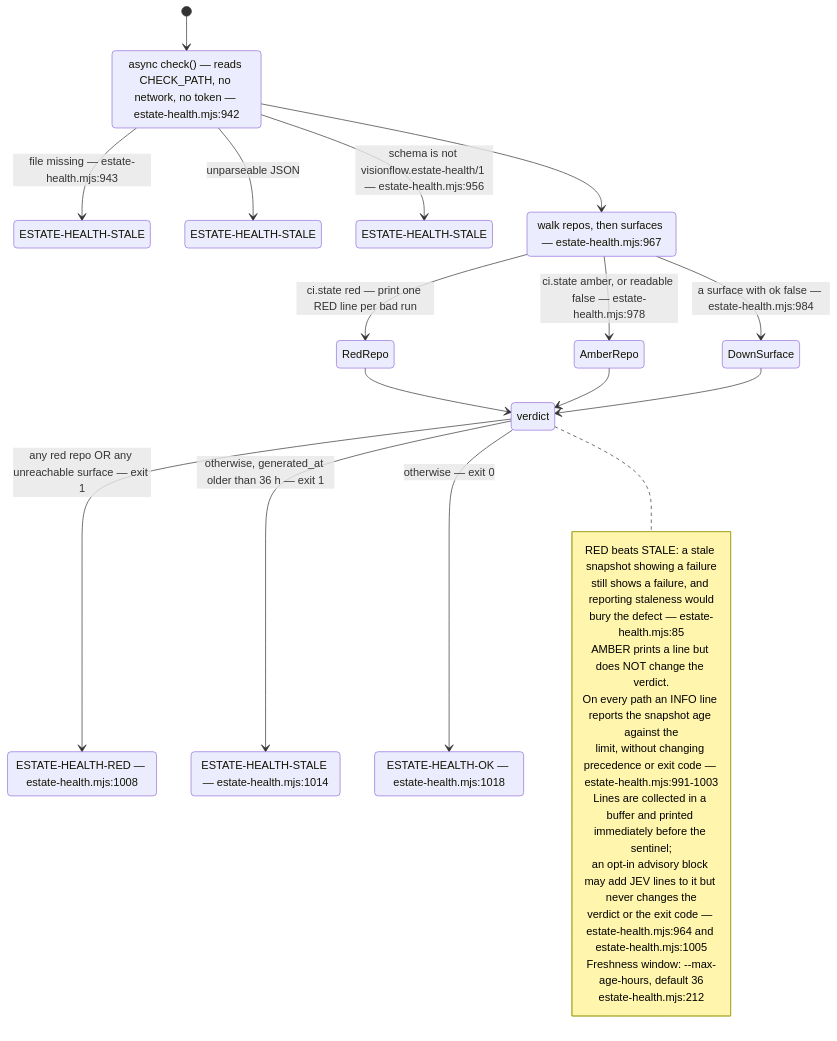
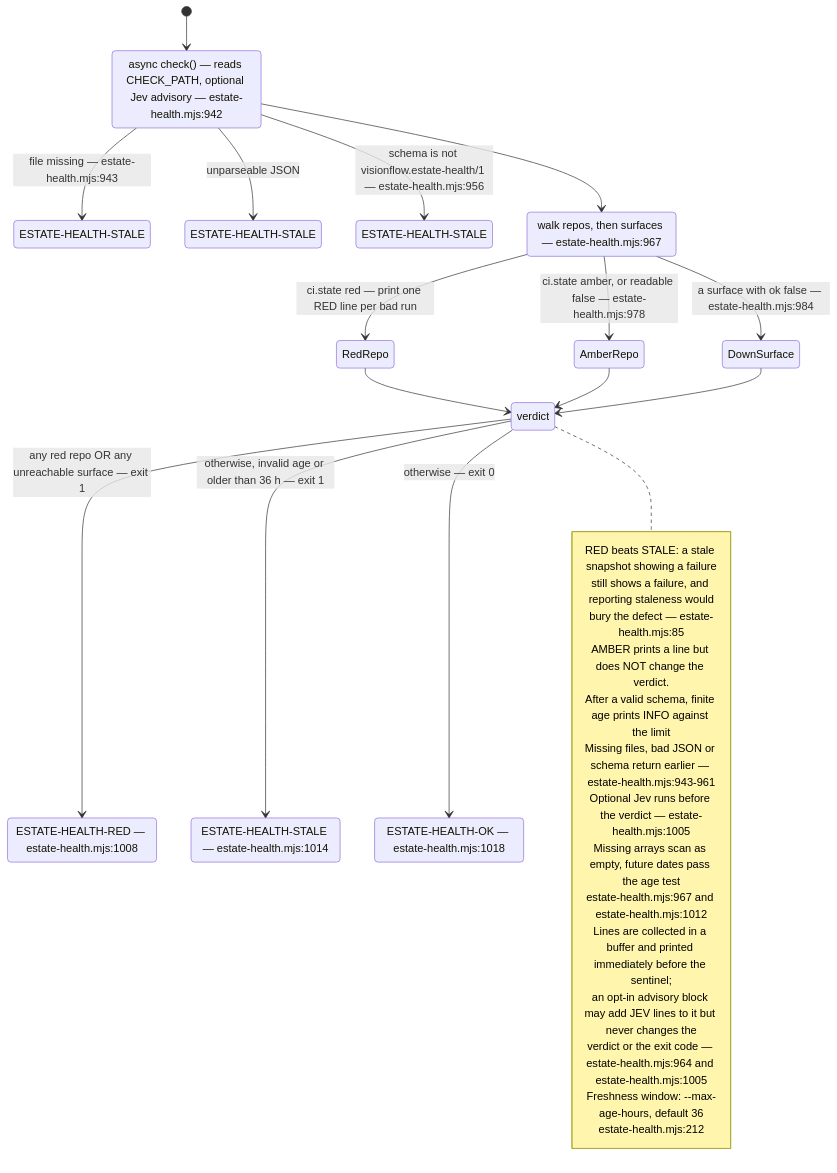
One commit to DreamLab-AI/VisionFlow changed the sixth of 9 diagrams in docs/diagrams/visionflow/03-estate-health.md. Above: the diagram before and after it, drawn with Mermaid. The commit also changed other lines of this file and 6 other files, not shown here.

Commit message:
docs(audit): map corpus drift and qualify estate health verdicts

````diff
--- a/docs/diagrams/visionflow/03-estate-health.md
+++ b/docs/diagrams/visionflow/03-estate-health.md
@@ -192,40 +192,43 @@
 ```mermaid
 stateDiagram-v2
     direction TB
     [*] --> Load
-    state "async check() — reads CHECK_PATH, no network, no token — estate-health.mjs:942" as Load
+    state "async check() — reads CHECK_PATH, optional Jev advisory — estate-health.mjs:942" as Load
     Load --> Stale1 : file missing — estate-health.mjs:943
     Load --> Stale2 : unparseable JSON
     Load --> Stale3 : schema is not visionflow.estate-health/1 — estate-health.mjs:956
     Load --> Scan
     state "walk repos, then surfaces — estate-health.mjs:967" as Scan
     Scan --> RedRepo : ci.state red — print one RED line per bad run
     Scan --> AmberRepo : ci.state amber, or readable false — estate-health.mjs:978
     Scan --> DownSurface : a surface with ok false — estate-health.mjs:984
     RedRepo --> Verdict
     AmberRepo --> Verdict
     DownSurface --> Verdict
     state "verdict" as Verdict
     Verdict --> RED : any red repo OR any unreachable surface — exit 1
-    Verdict --> STALE : otherwise, generated_at older than 36 h — exit 1
+    Verdict --> STALE : otherwise, invalid age or older than 36 h — exit 1
     Verdict --> OK : otherwise — exit 0
     state "ESTATE-HEALTH-RED — estate-health.mjs:1008" as RED
     state "ESTATE-HEALTH-STALE — estate-health.mjs:1014" as STALE
     state "ESTATE-HEALTH-OK — estate-health.mjs:1018" as OK
     state "ESTATE-HEALTH-STALE" as Stale1
     state "ESTATE-HEALTH-STALE" as Stale2
     state "ESTATE-HEALTH-STALE" as Stale3
     note right of Verdict
       RED beats STALE: a stale snapshot showing a failure
       still shows a failure, and reporting staleness would
       bury the defect — estate-health.mjs:85
       AMBER prints a line but does NOT change the verdict.
-      On every path an INFO line reports the snapshot age against the
-      limit, without changing precedence or exit code — estate-health.mjs:991-1003
+      After a valid schema, finite age prints INFO against the limit
+      Missing files, bad JSON or schema return earlier — estate-health.mjs:943-961
+      Optional Jev runs before the verdict — estate-health.mjs:1005
+      Missing arrays scan as empty, future dates pass the age test
+      estate-health.mjs:967 and estate-health.mjs:1012
       Lines are collected in a buffer and printed immediately before the sentinel;
       an opt-in advisory block may add JEV lines to it but never changes the
       verdict or the exit code — estate-health.mjs:964 and estate-health.mjs:1005
       Freshness window: --max-age-hours, default 36
       estate-health.mjs:212
     end note
 ```
````
